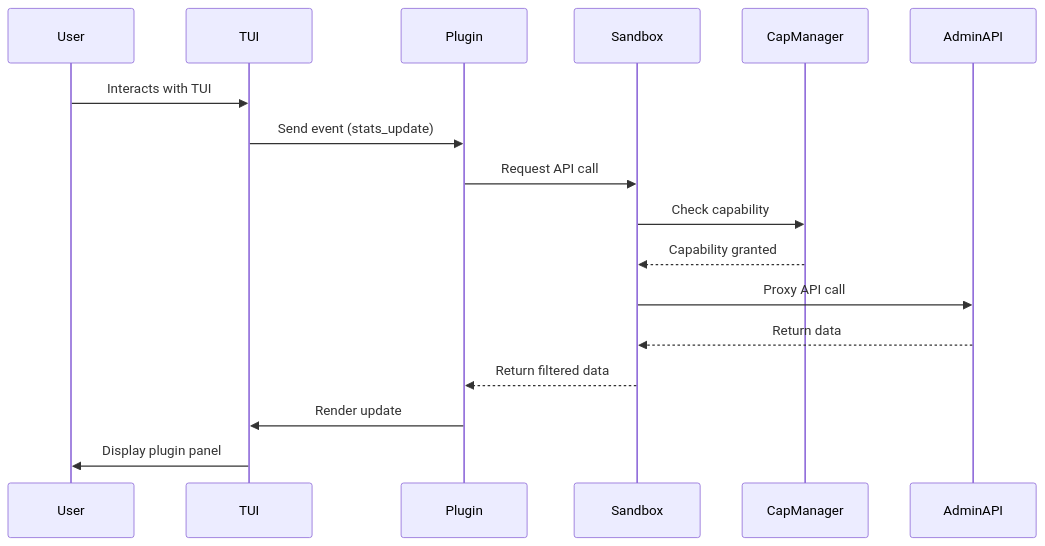
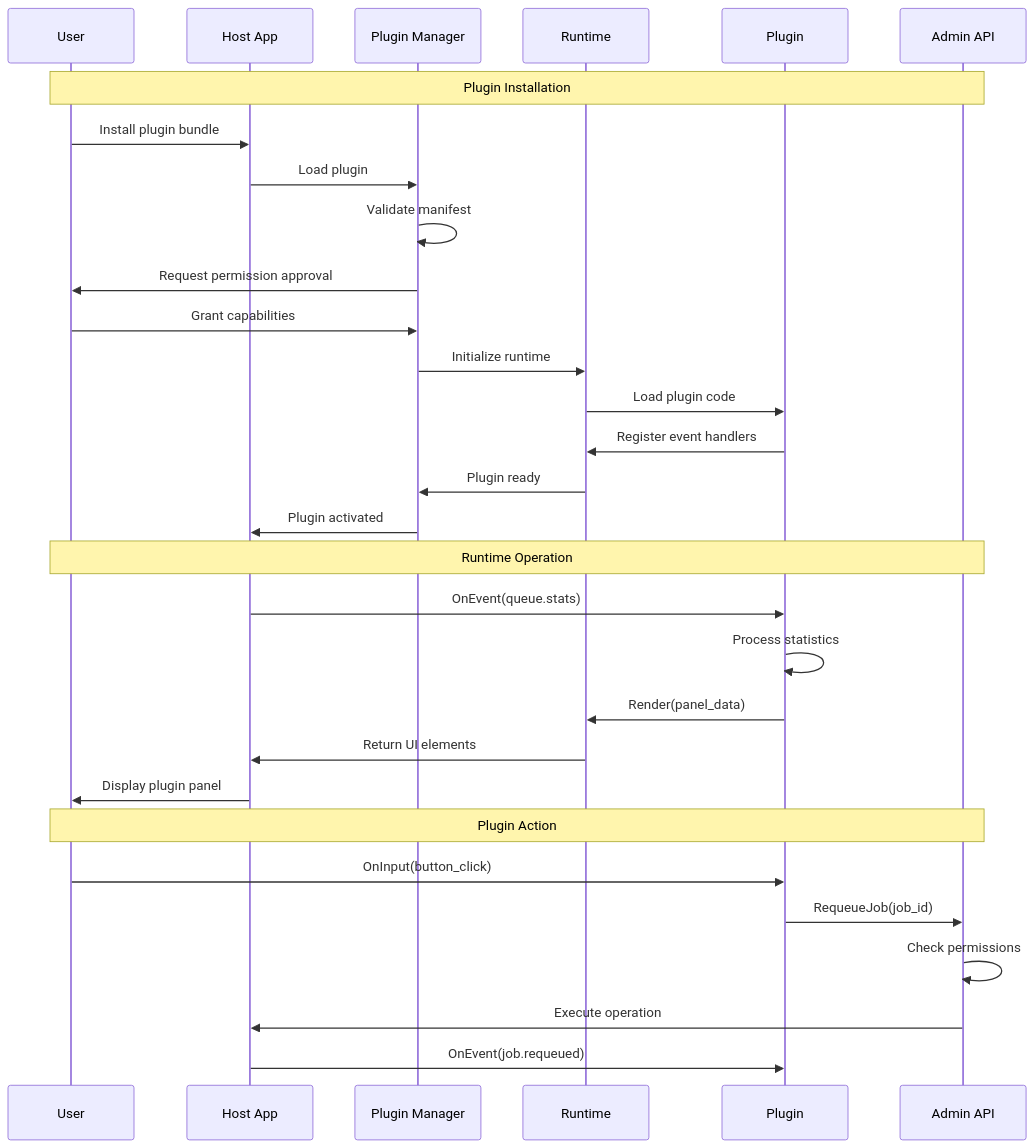
The second of 2 diagrams in docs/design/f005-design.md (flyingrobots/go-redis-work-queue), drawn with Mermaid before and after one commit. The commit also changed other lines of this file and 33 other files, not shown here.

````diff
--- a/docs/design/f005-design.md
+++ b/docs/design/f005-design.md
@@ -148,20 +357,35 @@
 ```mermaid
 sequenceDiagram
-    participant User
-    participant TUI
-    participant Plugin
-    participant Sandbox
-    participant CapManager
-    participant AdminAPI
+    participant U as User
+    participant H as Host App
+    participant PM as Plugin Manager
+    participant R as Runtime
+    participant P as Plugin
+    participant API as Admin API
 
-    User->>TUI: Interacts with TUI
-    TUI->>Plugin: Send event (stats_update)
-    Plugin->>Sandbox: Request API call
-    Sandbox->>CapManager: Check capability
-    CapManager-->>Sandbox: Capability granted
-    Sandbox->>AdminAPI: Proxy API call
-    AdminAPI-->>Sandbox: Return data
-    Sandbox-->>Plugin: Return filtered data
-    Plugin->>TUI: Render update
-    TUI->>User: Display plugin panel
+    Note over U,API: Plugin Installation
+    U->>H: Install plugin bundle
+    H->>PM: Load plugin
+    PM->>PM: Validate manifest
+    PM->>U: Request permission approval
+    U->>PM: Grant capabilities
+    PM->>R: Initialize runtime
+    R->>P: Load plugin code
+    P->>R: Register event handlers
+    R->>PM: Plugin ready
+    PM->>H: Plugin activated
+
+    Note over U,API: Runtime Operation
+    H->>P: OnEvent(queue.stats)
+    P->>P: Process statistics
+    P->>R: Render(panel_data)
+    R->>H: Return UI elements
+    H->>U: Display plugin panel
+
+    Note over U,API: Plugin Action
+    U->>P: OnInput(button_click)
+    P->>API: RequeueJob(job_id)
+    API->>API: Check permissions
+    API->>H: Execute operation
+    H->>P: OnEvent(job.requeued)
 ```
````
